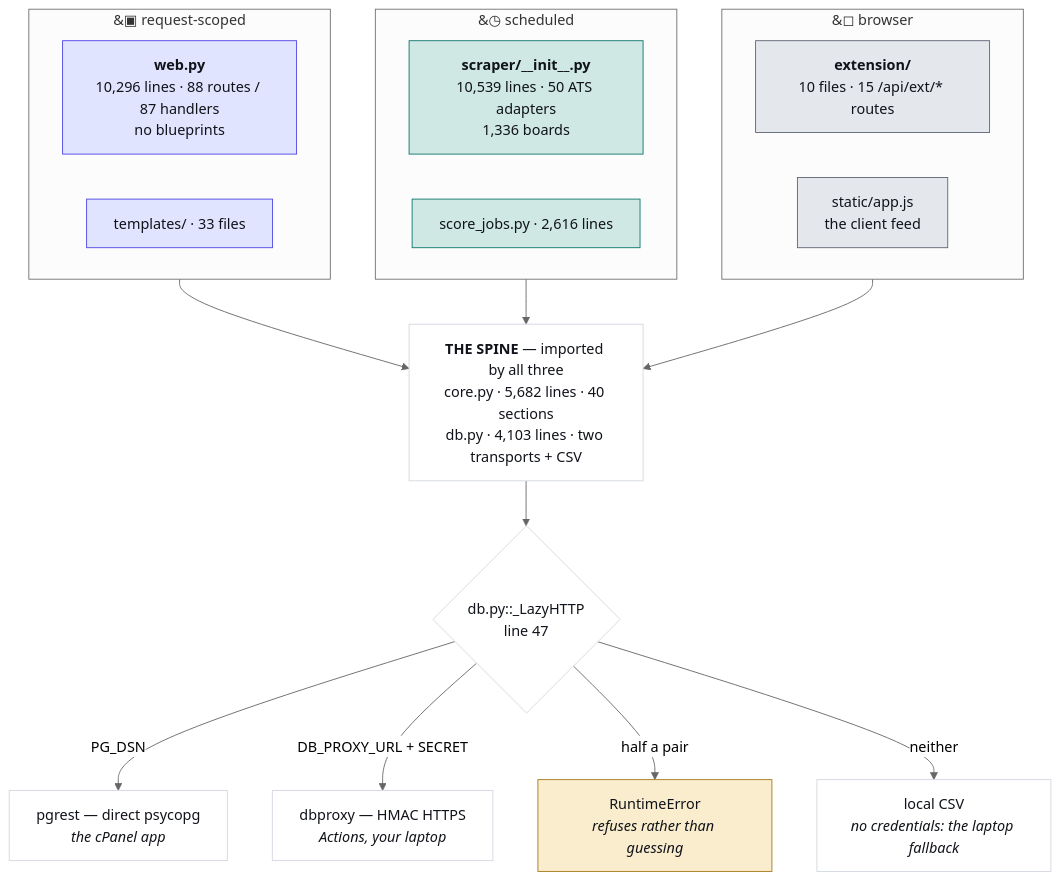
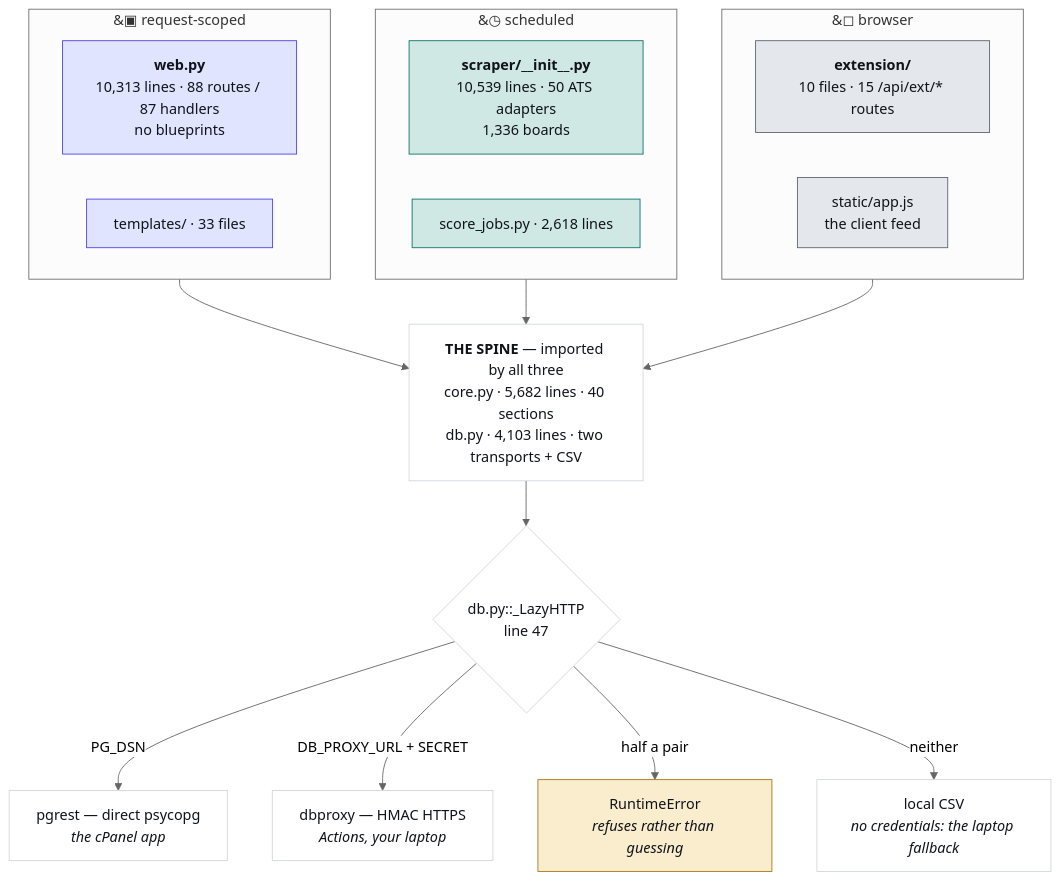
Before and after one commit to hadakunal909-debug/job-search-tool: the first of 4 diagrams in JobMatch Scraper/docs/ARCHITECTURE.md, drawn with Mermaid (neutral theme). The commit also changed 11 other files, not shown here.

````diff
--- a/JobMatch Scraper/docs/ARCHITECTURE.md
+++ b/JobMatch Scraper/docs/ARCHITECTURE.md
@@ -48,34 +48,34 @@
 ```mermaid
 flowchart TB
   subgraph REQ["&#9635; request-scoped"]
-    W["<b>web.py</b><br/>10,296 lines · 88 routes / 87 handlers<br/>no blueprints"]
+    W["<b>web.py</b><br/>10,313 lines · 88 routes / 87 handlers<br/>no blueprints"]
     T["templates/ · 33 files"]
   end
   subgraph SCH["&#9719; scheduled"]
     S["<b>scraper/__init__.py</b><br/>10,539 lines · 50 ATS adapters<br/>1,336 boards"]
-    J["score_jobs.py · 2,616 lines"]
+    J["score_jobs.py · 2,618 lines"]
   end
   subgraph CLI["&#9723; browser"]
     E["<b>extension/</b><br/>10 files · 15 /api/ext/* routes"]
     A["static/app.js<br/>the client feed"]
   end
   SPINE["<b>THE SPINE</b> — imported by all three<br/>core.py · 5,682 lines · 40 sections<br/>db.py · 4,103 lines · two transports + CSV"]
   REQ --> SPINE
   SCH --> SPINE
   CLI --> SPINE
   SPINE --> D{"db.py::_LazyHTTP<br/>line 47"}
   D -->|"PG_DSN"| P["pgrest — direct psycopg<br/><i>the cPanel app</i>"]
   D -->|"DB_PROXY_URL + SECRET"| X["dbproxy — HMAC HTTPS<br/><i>Actions, your laptop</i>"]
   D -->|"half a pair"| R["RuntimeError<br/><i>refuses rather than guessing</i>"]
   D -->|"neither"| V["local CSV<br/><i>no credentials: the laptop fallback</i>"]
   classDef web fill:#e0e4fe,stroke:#4f46e5,color:#101319
   classDef sched fill:#cfe8e3,stroke:#0f766e,color:#101319
   classDef client fill:#e4e7ec,stroke:#5f6573,color:#101319
   classDef trap fill:#f9edcd,stroke:#a8781a,color:#101319
   classDef plain fill:#ffffff,stroke:#d3d7df,color:#101319
   class W,T web
   class S,J sched
   class E,A client
   class R trap
   class SPINE,D,P,X,V plain
 ```
````
